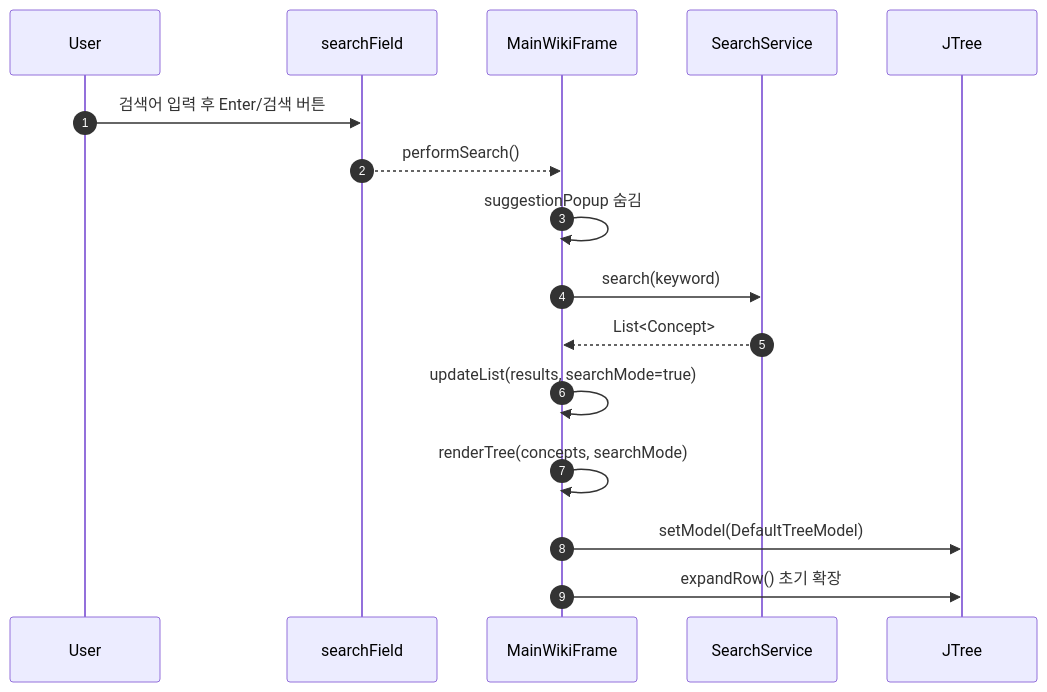
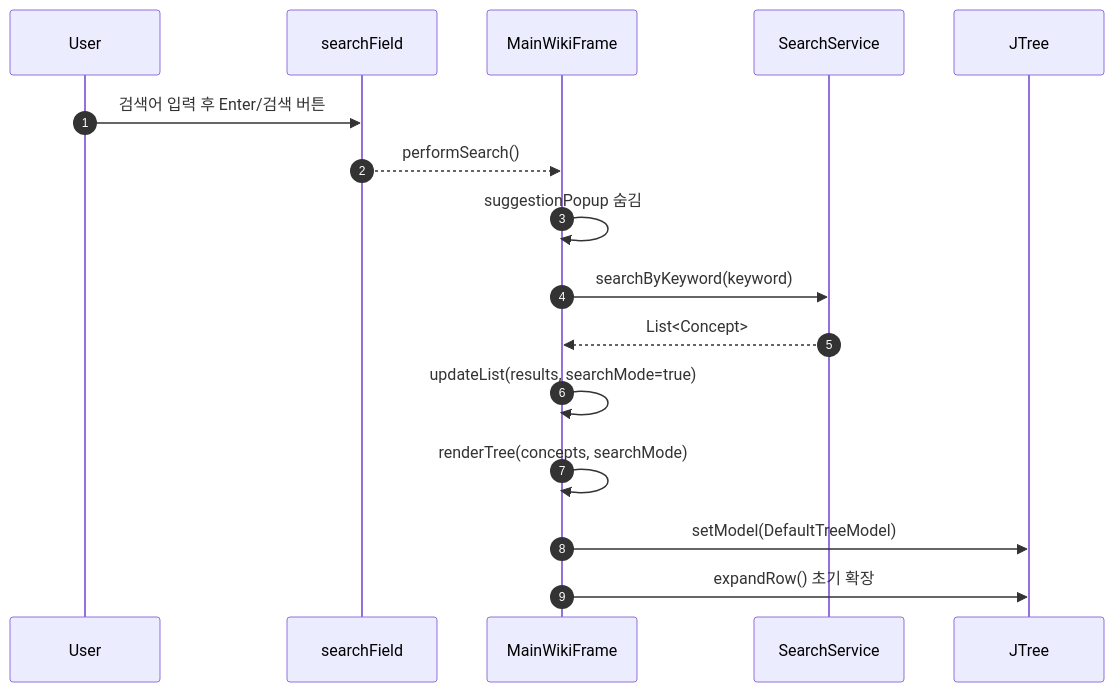
One commit to jegalhb/JAVA_WIKI_ONLINE changed the third of 10 diagrams in src/Reproject/README.md. Above: the diagram before and after it, drawn with Mermaid. The commit also changed other lines of this file and 10 other files, not shown here.

````diff
--- a/src/Reproject/README.md
+++ b/src/Reproject/README.md
@@ -143,19 +155,19 @@
 ```mermaid
 sequenceDiagram
     autonumber
     participant U as User
     participant SF as searchField
     participant MW as MainWikiFrame
     participant SS as SearchService
     participant T as JTree
 
     U->>SF: 검색어 입력 후 Enter/검색 버튼
     SF-->>MW: performSearch()
     MW->>MW: suggestionPopup 숨김
-    MW->>SS: search(keyword)
+    MW->>SS: searchByKeyword(keyword)
     SS-->>MW: List<Concept>
     MW->>MW: updateList(results, searchMode=true)
     MW->>MW: renderTree(concepts, searchMode)
     MW->>T: setModel(DefaultTreeModel)
     MW->>T: expandRow() 초기 확장
 ```
````
